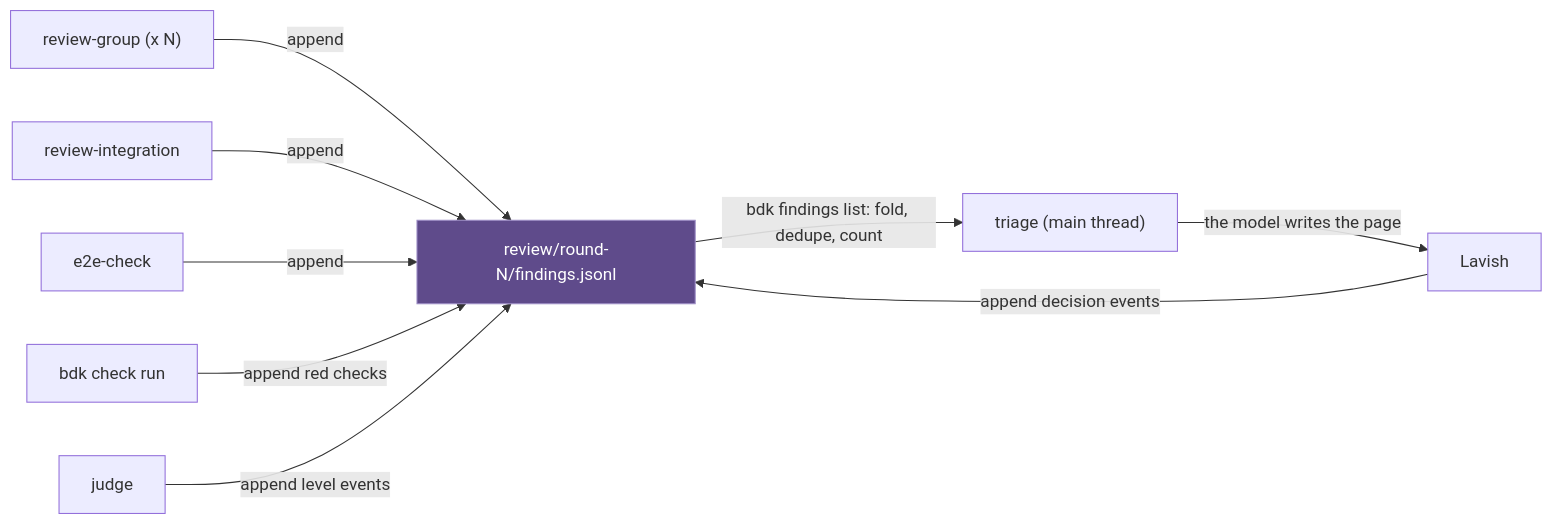
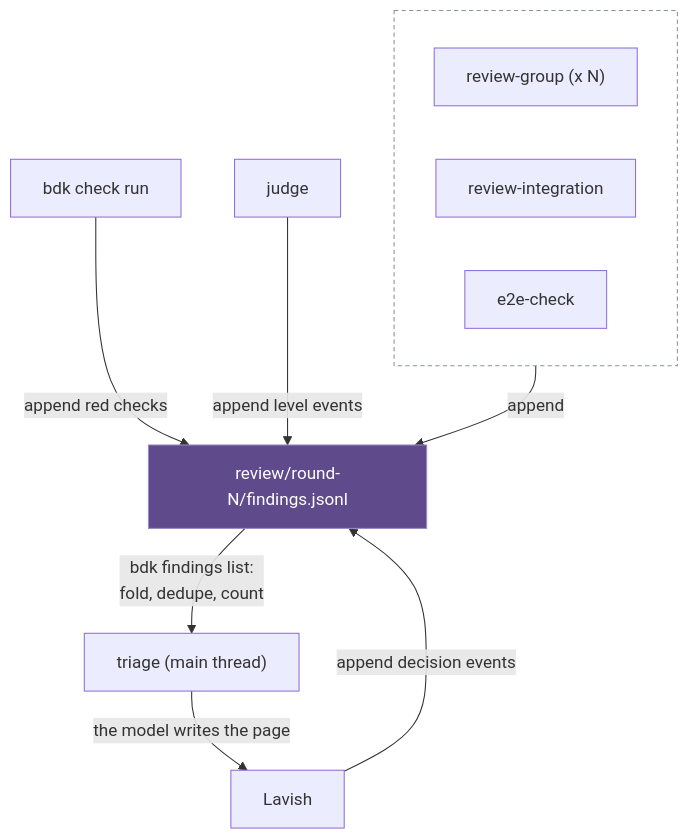
Diagram 12 of 12 in docs/design/2026-10-07-v3-architecture.md (broneq/bdk), drawn with Mermaid before and after one commit. The commit also changed other lines of this file and 20 other files, not shown here.

First line of the commit message:
fix(docs): fit every diagram into the content column

````diff
--- a/docs/design/2026-10-07-v3-architecture.md
+++ b/docs/design/2026-10-07-v3-architecture.md
@@ -480,13 +484,18 @@
 ```mermaid
-flowchart LR
-  RG["review-group (x N)"] -->|"append"| F["review/round-N/findings.jsonl"]
-  RI["review-integration"] -->|"append"| F
-  E2["e2e-check"] -->|"append"| F
+flowchart TB
+  subgraph RV[" "]
+    direction LR
+    RG["review-group (x N)"]
+    RI["review-integration"]
+    E2["e2e-check"]
+  end
+  RV -->|"append"| F["review/round-N/findings.jsonl"]
   CK["bdk check run"] -->|"append red checks"| F
   J["judge"] -->|"append level events"| F
-  F -->|"bdk findings list: fold, dedupe, count"| T["triage (main thread)"]
+  F -->|"bdk findings list:<br/>fold, dedupe, count"| T["triage (main thread)"]
   T -->|"the model writes the page"| LV["Lavish"]
   LV -->|"append decision events"| F
   classDef store fill:#5f4b8b,stroke:#9b8bc4,color:#ffffff
   class F store
+  style RV fill:transparent,stroke:#8b93a1,stroke-dasharray:4 3
 ```
````
